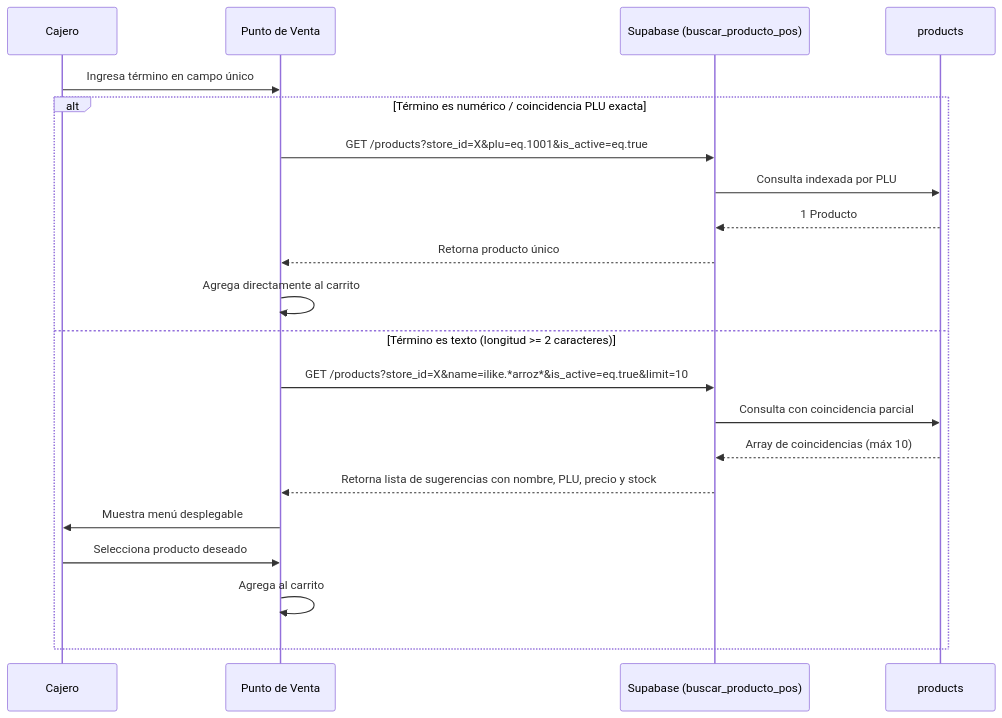
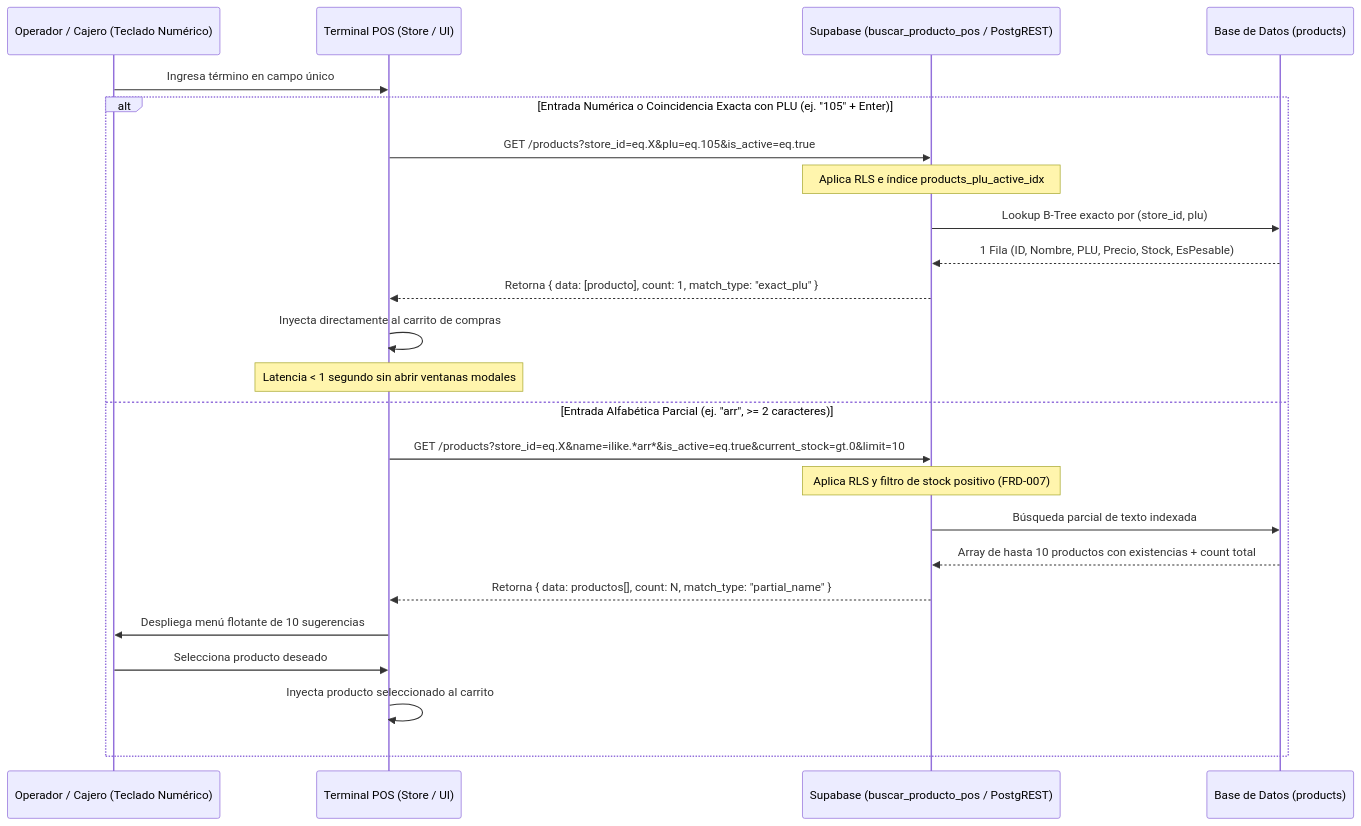
Before and after one commit to YamirJCF/tienda-barrio-pro: the first of 3 diagrams in documentation/01_requirements/SDD/SDD_006_03_CODIGO_PRODUCTO.md, drawn with Mermaid. The commit also changed other lines of this file, not shown here.

Commit message:
docs(sdd): rectificar y sanitizar SDD-006-03 bajo protocolo PAC-SDD estricto con certificacion QA

````diff
--- a/documentation/01_requirements/SDD/SDD_006_03_CODIGO_PRODUCTO.md
+++ b/documentation/01_requirements/SDD/SDD_006_03_CODIGO_PRODUCTO.md
@@ -53,24 +66,27 @@
 ```mermaid
 sequenceDiagram
-    participant Cajero
-    participant POS as Punto de Venta
-    participant API as Supabase (buscar_producto_pos)
-    participant DB as products
+    participant Cajero as Operador / Cajero (Teclado Numérico)
+    participant POS as Terminal POS (Store / UI)
+    participant API as Supabase (buscar_producto_pos / PostgREST)
+    participant DB as Base de Datos (products)
 
     Cajero->>POS: Ingresa término en campo único
-    alt Término es numérico / coincidencia PLU exacta
-        POS->>API: GET /products?store_id=X&plu=eq.1001&is_active=eq.true
-        API->>DB: Consulta indexada por PLU
-        DB-->>API: 1 Producto
-        API-->>POS: Retorna producto único
-        POS->>POS: Agrega directamente al carrito
-    else Término es texto (longitud >= 2 caracteres)
-        POS->>API: GET /products?store_id=X&name=ilike.*arroz*&is_active=eq.true&limit=10
-        API->>DB: Consulta con coincidencia parcial
-        DB-->>API: Array de coincidencias (máx 10)
-        API-->>POS: Retorna lista de sugerencias con nombre, PLU, precio y stock
-        POS->>Cajero: Muestra menú desplegable
+    alt Entrada Numérica o Coincidencia Exacta con PLU (ej. "105" + Enter)
+        POS->>API: GET /products?store_id=eq.X&plu=eq.105&is_active=eq.true
+        Note over API: Aplica RLS e índice products_plu_active_idx
+        API->>DB: Lookup B-Tree exacto por (store_id, plu)
+        DB-->>API: 1 Fila (ID, Nombre, PLU, Precio, Stock, EsPesable)
+        API-->>POS: Retorna { data: [producto], count: 1, match_type: "exact_plu" }
+        POS->>POS: Inyecta directamente al carrito de compras
+        Note over POS: Latencia < 1 segundo sin abrir ventanas modales
+    else Entrada Alfabética Parcial (ej. "arr", >= 2 caracteres)
+        POS->>API: GET /products?store_id=eq.X&name=ilike.*arr*&is_active=eq.true&current_stock=gt.0&limit=10
+        Note over API: Aplica RLS y filtro de stock positivo (FRD-007)
+        API->>DB: Búsqueda parcial de texto indexada
+        DB-->>API: Array de hasta 10 productos con existencias + count total
+        API-->>POS: Retorna { data: productos[], count: N, match_type: "partial_name" }
+        POS->>Cajero: Despliega menú flotante de 10 sugerencias
         Cajero->>POS: Selecciona producto deseado
-        POS->>POS: Agrega al carrito
+        POS->>POS: Inyecta producto seleccionado al carrito
     end
 ```
````
